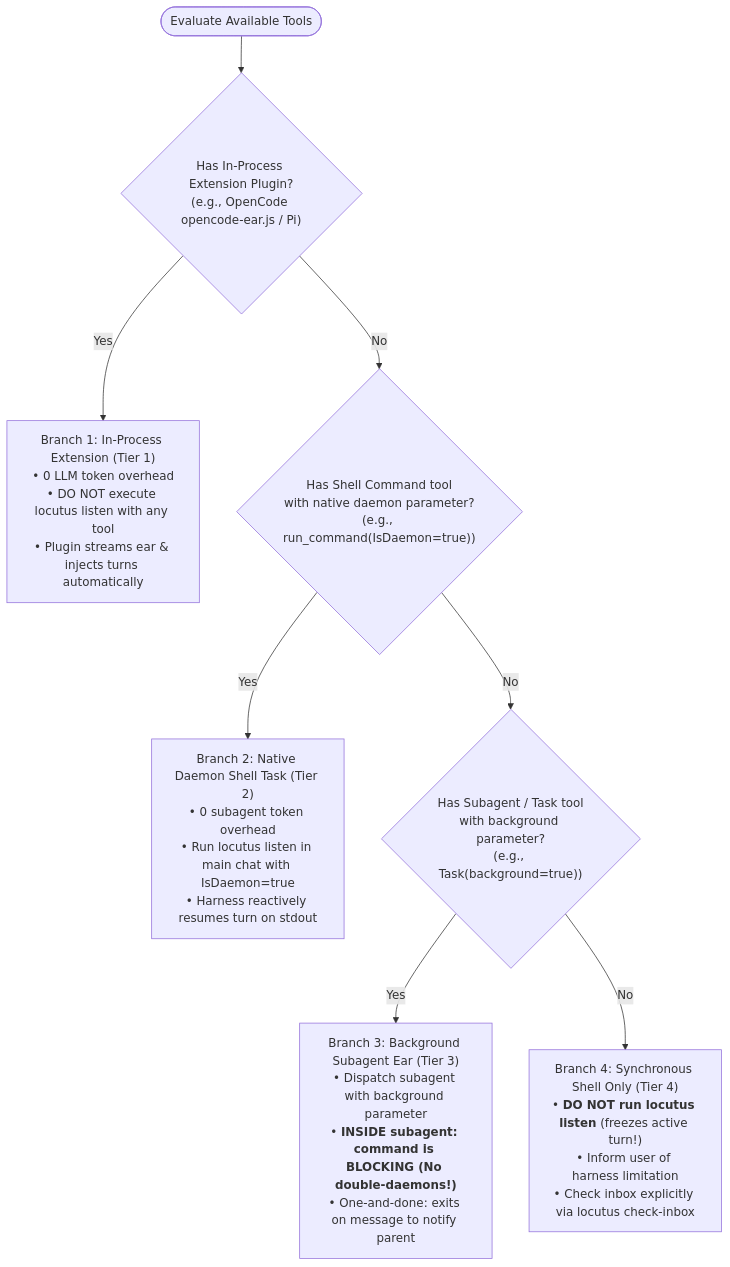
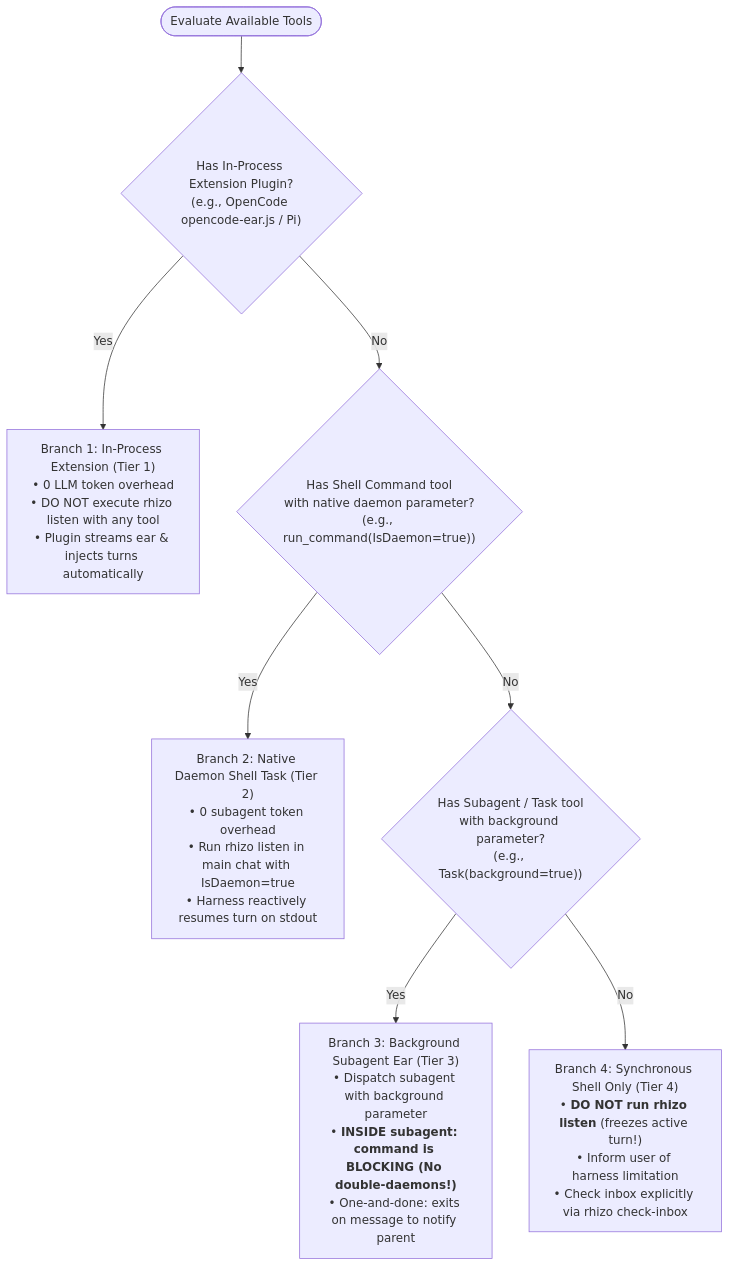
One commit to axiomantic/locu changed the second of 2 diagrams in SKILL.md. Above: the diagram before and after it, drawn with Mermaid. The commit also changed other lines of this file and 4 other files, not shown here.

````diff
--- a/SKILL.md
+++ b/SKILL.md
@@ -239,10 +239,10 @@
 ```mermaid
 flowchart TD
     Start([Evaluate Available Tools]) --> CheckPlugin{"Has In-Process Extension Plugin?<br/>(e.g., OpenCode opencode-ear.js / Pi)"}
-    CheckPlugin -->|Yes| Branch1["Branch 1: In-Process Extension (Tier 1)<br/>• 0 LLM token overhead<br/>• DO NOT execute locutus listen with any tool<br/>• Plugin streams ear & injects turns automatically"]
+    CheckPlugin -->|Yes| Branch1["Branch 1: In-Process Extension (Tier 1)<br/>• 0 LLM token overhead<br/>• DO NOT execute rhizo listen with any tool<br/>• Plugin streams ear & injects turns automatically"]
     CheckPlugin -->|No| CheckDaemon{"Has Shell Command tool<br/>with native daemon parameter?<br/>(e.g., run_command(IsDaemon=true))"}
-    CheckDaemon -->|Yes| Branch2["Branch 2: Native Daemon Shell Task (Tier 2)<br/>• 0 subagent token overhead<br/>• Run locutus listen in main chat with IsDaemon=true<br/>• Harness reactively resumes turn on stdout"]
+    CheckDaemon -->|Yes| Branch2["Branch 2: Native Daemon Shell Task (Tier 2)<br/>• 0 subagent token overhead<br/>• Run rhizo listen in main chat with IsDaemon=true<br/>• Harness reactively resumes turn on stdout"]
     CheckDaemon -->|No| CheckSubagent{"Has Subagent / Task tool<br/>with background parameter?<br/>(e.g., Task(background=true))"}
     CheckSubagent -->|Yes| Branch3["Branch 3: Background Subagent Ear (Tier 3)<br/>• Dispatch subagent with background parameter<br/>• <b>INSIDE subagent: command is BLOCKING (No double-daemons!)</b><br/>• One-and-done: exits on message to notify parent"]
-    CheckSubagent -->|No| Branch4["Branch 4: Synchronous Shell Only (Tier 4)<br/>• <b>DO NOT run locutus listen</b> (freezes active turn!)<br/>• Inform user of harness limitation<br/>• Check inbox explicitly via locutus check-inbox"]
+    CheckSubagent -->|No| Branch4["Branch 4: Synchronous Shell Only (Tier 4)<br/>• <b>DO NOT run rhizo listen</b> (freezes active turn!)<br/>• Inform user of harness limitation<br/>• Check inbox explicitly via rhizo check-inbox"]
 ```
````
